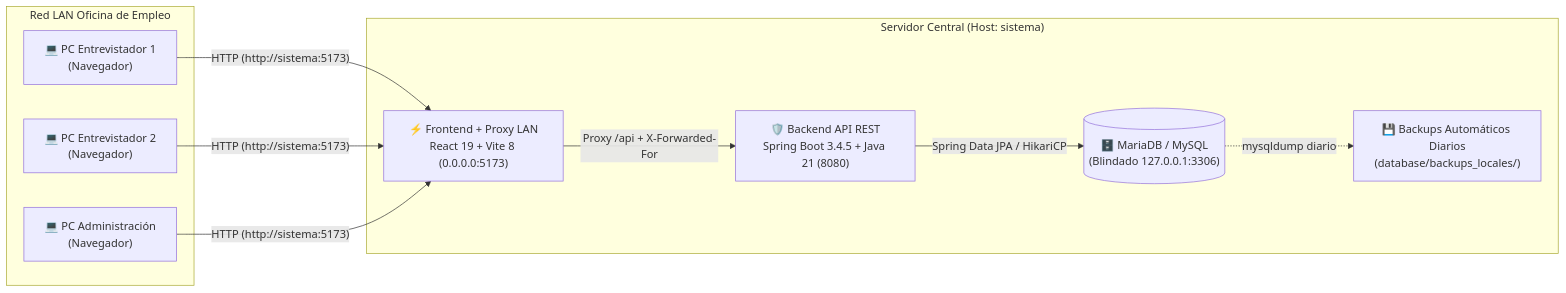
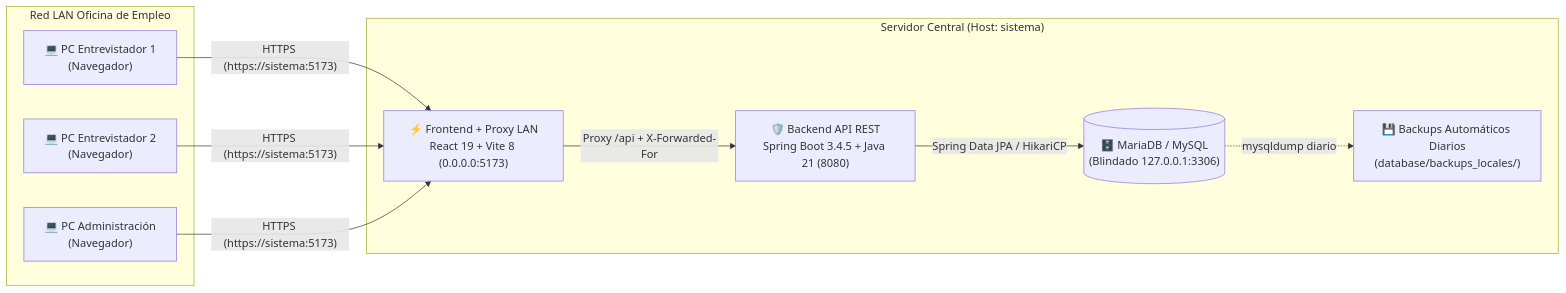
Before and after one commit to ea00d009/Bolsa-de-Trabajo-Municipalidad-San-Jose: the first of 2 diagrams in README.md, drawn with Mermaid. The commit also changed other lines of this file and 17 other files, not shown here.

````diff
--- a/README.md
+++ b/README.md
@@ -20,20 +20,20 @@
 ```mermaid
 graph LR
     subgraph Red_LAN_Oficina ["Red LAN Oficina de Empleo"]
         PC1["💻 PC Entrevistador 1<br/>(Navegador)"]
         PC2["💻 PC Entrevistador 2<br/>(Navegador)"]
         PC3["💻 PC Administración<br/>(Navegador)"]
     end
 
     subgraph Servidor_Local ["Servidor Central (Host: sistema)"]
         V["⚡ Frontend + Proxy LAN<br/>React 19 + Vite 8 (0.0.0.0:5173)"]
         B["🛡️ Backend API REST<br/>Spring Boot 3.4.5 + Java 21 (8080)"]
         DB[("🗄️ MariaDB / MySQL<br/>(Blindado 127.0.0.1:3306)")]
         BK["💾 Backups Automáticos Diarios<br/>(database/backups_locales/)"]
     end
 
-    PC1 & PC2 & PC3 -->|"HTTP (http://sistema:5173)"| V
+    PC1 & PC2 & PC3 -->|"HTTPS (https://sistema:5173)"| V
     V -->|"Proxy /api + X-Forwarded-For"| B
     B -->|"Spring Data JPA / HikariCP"| DB
     DB -.->|"mysqldump diario"| BK
 ```
````
